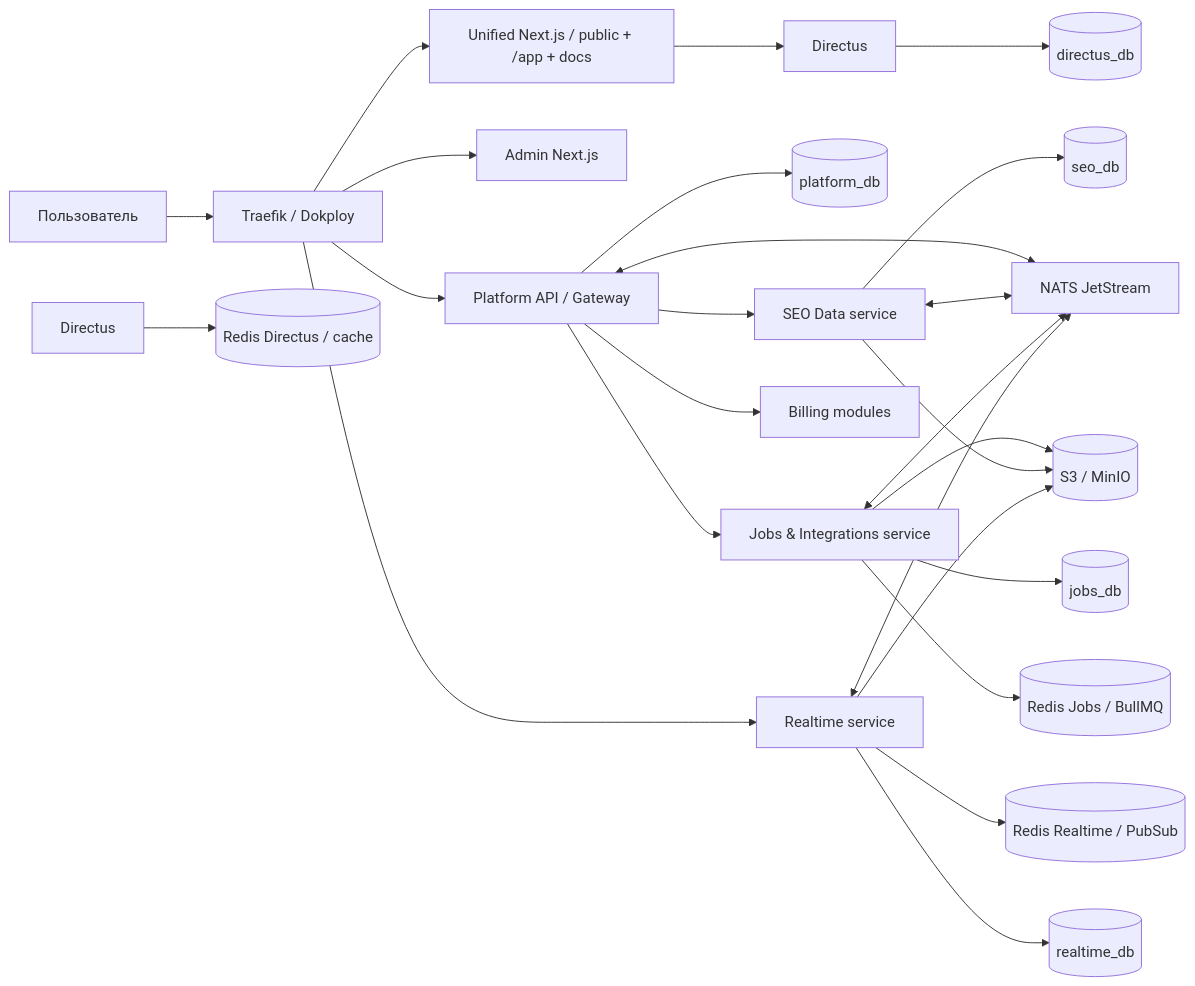
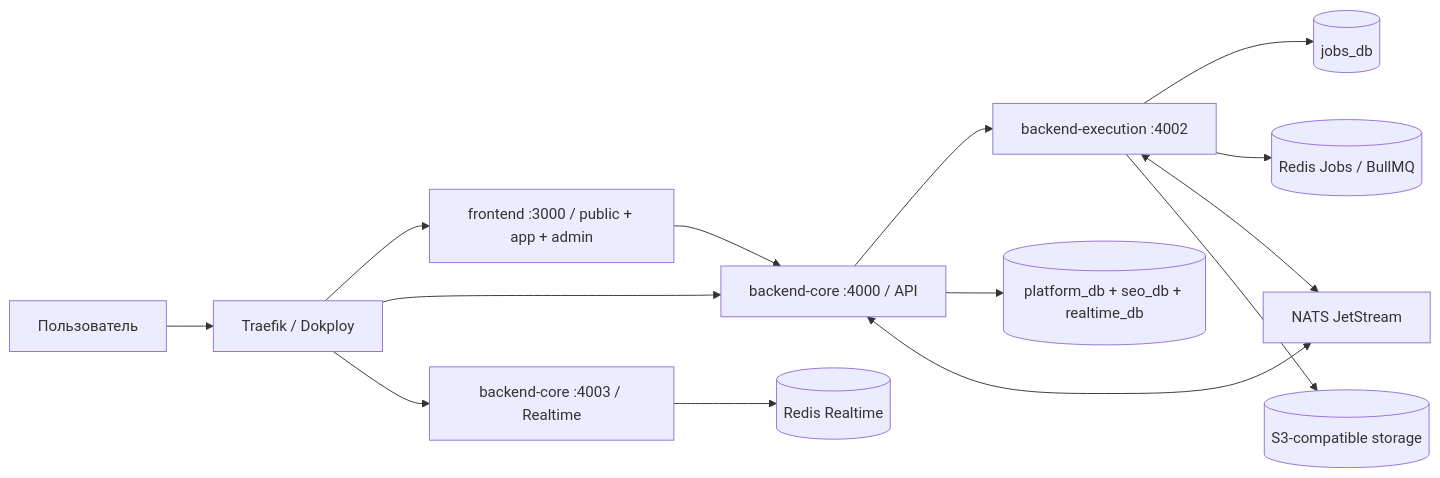
The diagram in docs/technical-spec/12-system-architecture-and-repositories.md (ker4ik13/seo-platform), drawn with Mermaid before and after one commit. The commit also changed other lines of this file and 1876 other files, not shown here.

````diff
--- a/docs/technical-spec/12-system-architecture-and-repositories.md
+++ b/docs/technical-spec/12-system-architecture-and-repositories.md
@@ -20,31 +25,16 @@
 ```mermaid
 flowchart LR
     U["Пользователь"] --> T["Traefik / Dokploy"]
-    T --> WEB["Unified Next.js / public + /app + docs"]
-    T --> ADM["Admin Next.js"]
-    T --> API["Platform API / Gateway"]
-    T --> RT["Realtime service"]
-
-    API --> COREDB[("platform_db")]
-    API --> SEO["SEO Data service"]
-    API --> JOB["Jobs & Integrations service"]
-    API --> BILL["Billing modules"]
-
-    SEO --> SEODB[("seo_db")]
-    JOB --> JOBDB[("jobs_db")]
-    JOB --> JOBREDIS[("Redis Jobs / BullMQ")]
-    RT --> RTREDIS[("Redis Realtime / PubSub")]
-    CMS["Directus"] --> CMSREDIS[("Redis Directus / cache")]
-    RT --> RTDB[("realtime_db")]
-
-    API <--> NATS["NATS JetStream"]
-    SEO <--> NATS
-    JOB <--> NATS
-    RT <--> NATS
-
-    JOB --> S3[("S3 / MinIO")]
-    SEO --> S3
-    RT --> S3
-    WEB --> DIRECTUS["Directus"]
-    DIRECTUS --> CMSDB[("directus_db")]
+    T --> WEB["frontend :3000 / public + app + admin"]
+    T --> CORE["backend-core :4000 / API"]
+    T --> RT["backend-core :4003 / Realtime"]
+    WEB --> CORE
+    CORE --> EXEC["backend-execution :4002"]
+    CORE --> CDB[("platform_db + seo_db + realtime_db")]
+    EXEC --> EDB[("jobs_db")]
+    EXEC --> JR[("Redis Jobs / BullMQ")]
+    RT --> RR[("Redis Realtime")]
+    CORE <--> NATS["NATS JetStream"]
+    EXEC <--> NATS
+    EXEC --> S3[("S3-compatible storage")]
 ```
````
